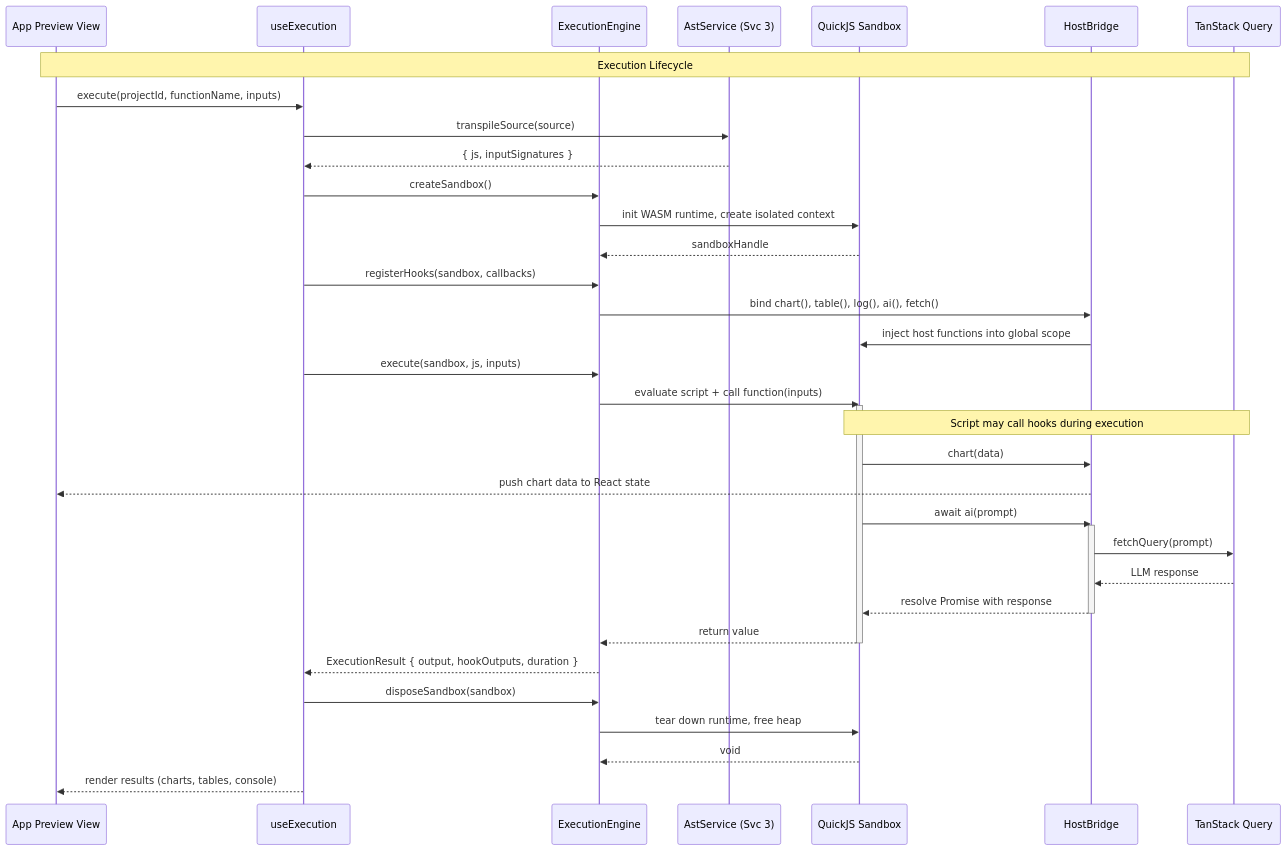
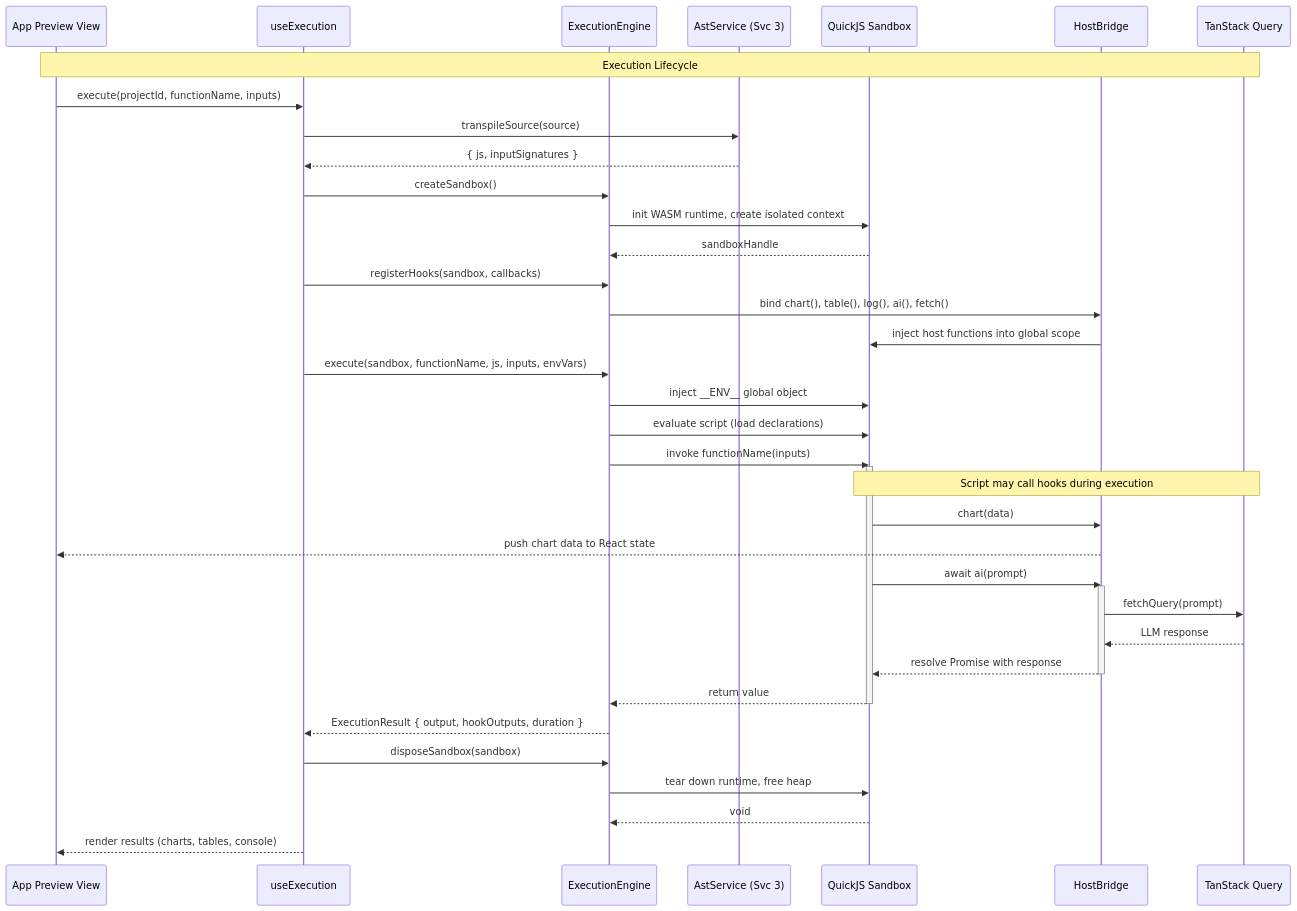
Before and after one commit to rimvydasb/open-modeler-ts: the second of 2 diagrams in docs/05-EXECUTION-ENGINE.md, drawn with Mermaid. The commit also changed other lines of this file and 1 other file, not shown here.

Commit message:
refactor execution engine documentation: update execute method signature to include functionName and envVars, and clarify sandbox execution flow

````diff
--- a/docs/05-EXECUTION-ENGINE.md
+++ b/docs/05-EXECUTION-ENGINE.md
@@ -79,51 +79,53 @@
 ```mermaid
 sequenceDiagram
     participant UI as App Preview View
     participant Hook as useExecution
     participant Eng as ExecutionEngine
     participant AST as AstService (Svc 3)
     participant QJS as QuickJS Sandbox
     participant Bridge as HostBridge
     participant TSQ as TanStack Query
 
     Note over UI, TSQ: Execution Lifecycle
 
     UI ->> Hook: execute(projectId, functionName, inputs)
     Hook ->> AST: transpileSource(source)
     AST -->> Hook: { js, inputSignatures }
 
     Hook ->> Eng: createSandbox()
     Eng ->> QJS: init WASM runtime, create isolated context
     QJS -->> Eng: sandboxHandle
 
     Hook ->> Eng: registerHooks(sandbox, callbacks)
     Eng ->> Bridge: bind chart(), table(), log(), ai(), fetch()
     Bridge ->> QJS: inject host functions into global scope
 
-    Hook ->> Eng: execute(sandbox, js, inputs)
-    Eng ->> QJS: evaluate script + call function(inputs)
+    Hook ->> Eng: execute(sandbox, functionName, js, inputs, envVars)
+    Eng ->> QJS: inject __ENV__ global object
+    Eng ->> QJS: evaluate script (load declarations)
+    Eng ->> QJS: invoke functionName(inputs)
     activate QJS
 
     Note over QJS, TSQ: Script may call hooks during execution
 
     QJS ->> Bridge: chart(data)
     Bridge -->> UI: push chart data to React state
 
     QJS ->> Bridge: await ai(prompt)
     activate Bridge
     Bridge ->> TSQ: fetchQuery(prompt)
     TSQ -->> Bridge: LLM response
     Bridge -->> QJS: resolve Promise with response
     deactivate Bridge
 
     QJS -->> Eng: return value
     deactivate QJS
 
     Eng -->> Hook: ExecutionResult { output, hookOutputs, duration }
 
     Hook ->> Eng: disposeSandbox(sandbox)
     Eng ->> QJS: tear down runtime, free heap
     QJS -->> Eng: void
 
     Hook -->> UI: render results (charts, tables, console)
 ```
````
